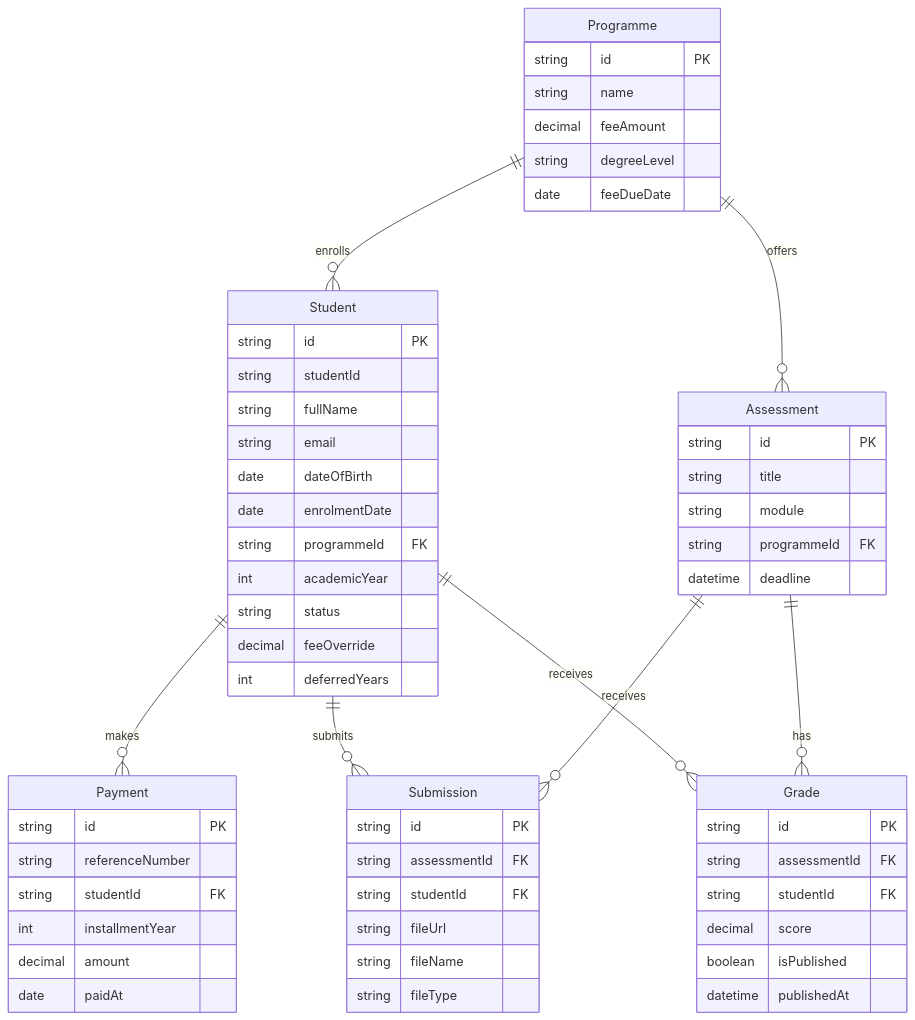
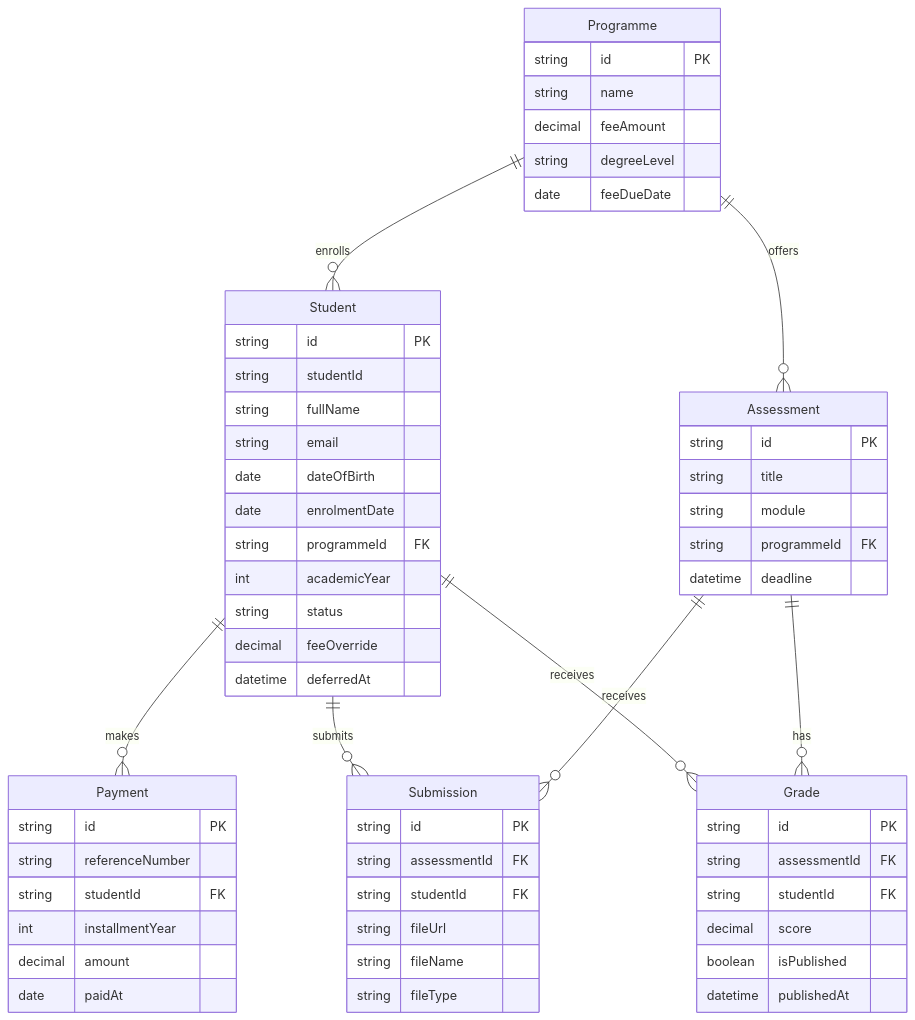
Before and after one commit to thinkGrow/sms-registry: the diagram in README.md, drawn with Mermaid. The commit also changed other lines of this file and 1 other file, not shown here.

Commit message:
docs: log the deferral rework

````diff
--- a/README.md
+++ b/README.md
@@ -19,61 +19,61 @@
 ```mermaid
 erDiagram
     Programme ||--o{ Student : enrolls
     Student ||--o{ Payment : makes
     Programme ||--o{ Assessment : offers
     Student ||--o{ Submission : submits
     Assessment ||--o{ Submission : receives
     Student ||--o{ Grade : receives
     Assessment ||--o{ Grade : has
     Programme {
         string id PK
         string name
         decimal feeAmount
         string degreeLevel
         date feeDueDate
     }
     Student {
         string id PK
         string studentId
         string fullName
         string email
         date dateOfBirth
         date enrolmentDate
         string programmeId FK
         int academicYear
         string status
         decimal feeOverride
-        int deferredYears
+        datetime deferredAt
     }
     Payment {
         string id PK
         string referenceNumber
         string studentId FK
         int installmentYear
         decimal amount
         date paidAt
     }
     Assessment {
         string id PK
         string title
         string module
         string programmeId FK
         datetime deadline
     }
     Submission {
         string id PK
         string assessmentId FK
         string studentId FK
         string fileUrl
         string fileName
         string fileType
     }
     Grade {
         string id PK
         string assessmentId FK
         string studentId FK
         decimal score
         boolean isPublished
         datetime publishedAt
     }
 ```
````
